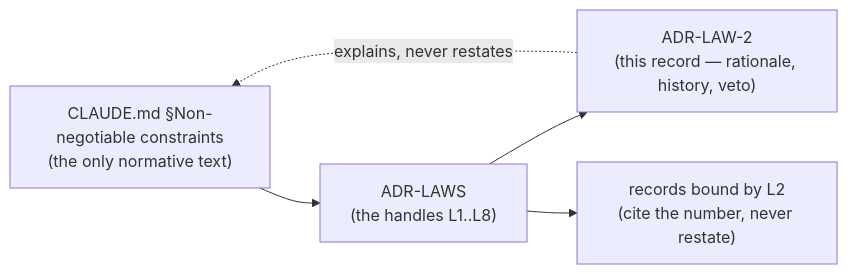
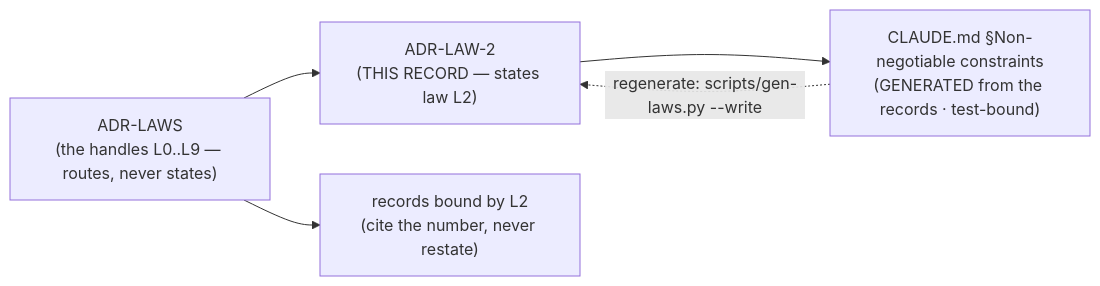
Before and after one commit to arpitarya/fux: the diagram in docs/adr/0004_LAW-2-content-never-durable.md, drawn with Mermaid. The commit also changed other lines of this file and 190 other files, not shown here.

````diff
--- a/docs/adr/0004_LAW-2-content-never-durable.md
+++ b/docs/adr/0004_LAW-2-content-never-durable.md
@@ -46,10 +48,11 @@
 ```mermaid
 flowchart LR
-    C["CLAUDE.md §Non-negotiable constraints<br/>(the only normative text)"]
-    N["ADR-LAWS<br/>(the handles L1..L8)"]
-    R["ADR-LAW-2<br/>(this record — rationale, history, veto)"]
+    R["ADR-LAW-2<br/>(THIS RECORD — states law L2)"]
+    N["ADR-LAWS<br/>(the handles L0..L9 — routes, never states)"]
+    C["CLAUDE.md §Non-negotiable constraints<br/>(GENERATED from the records · test-bound)"]
     B["records bound by L2<br/>(cite the number, never restate)"]
-    C --> N --> R
+    R --> C
+    N --> R
     N --> B
-    R -. "explains, never restates" .-> C
+    C -. "regenerate: scripts/gen-laws.py --write" .-> R
 ```
````
